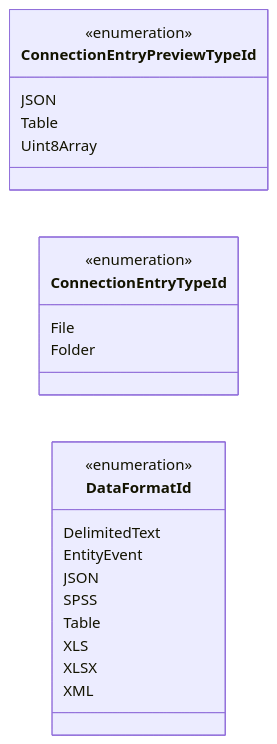
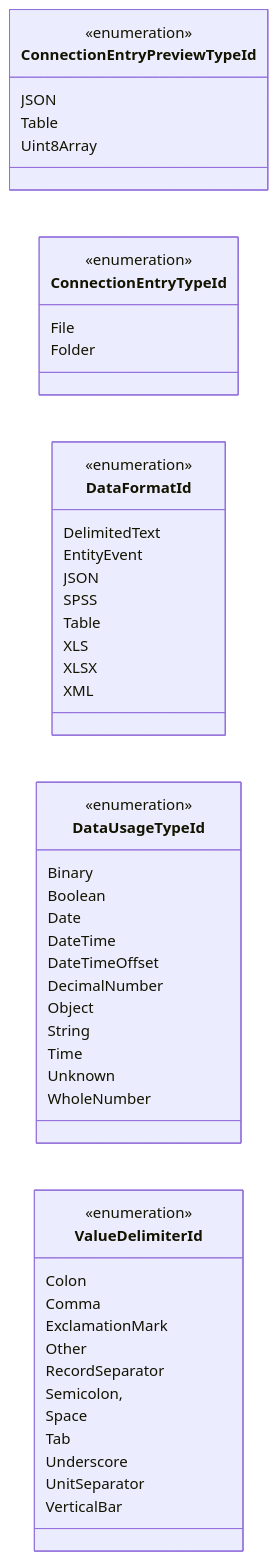
The fifth of 5 diagrams in README.md (data-positioning/datapos-shared), drawn with Mermaid before and after one commit. The commit also changed other lines of this file and 3 other files, not shown here.

````diff
--- a/README.md
+++ b/README.md
@@ -224,29 +219,59 @@
 ```mermaid
 classDiagram
     direction RL
 
     class ConnectionEntryPreviewTypeId {
         <<enumeration>>
         JSON
         Table
         Uint8Array
     }
 
     class ConnectionEntryTypeId {
         <<enumeration>>
         File
         Folder
     }
 
     class DataFormatId {
         <<enumeration>>
         DelimitedText
         EntityEvent
         JSON
         SPSS
         Table
         XLS
         XLSX
         XML
     }
+
+    class DataUsageTypeId {
+        <<enumeration>>
+        Binary
+        Boolean
+        Date
+        DateTime
+        DateTimeOffset
+        DecimalNumber
+        Object
+        String
+        Time
+        Unknown
+        WholeNumber
+    }
+
+    class ValueDelimiterId {
+        <<enumeration>>
+        Colon
+        Comma
+        ExclamationMark
+        Other
+        RecordSeparator
+        Semicolon,
+        Space
+        Tab
+        Underscore
+        UnitSeparator
+        VerticalBar
+    }
 ```
````
